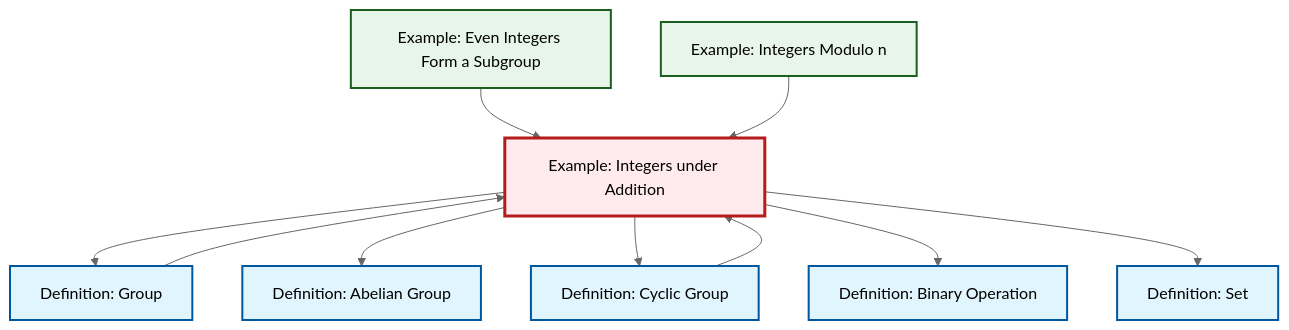
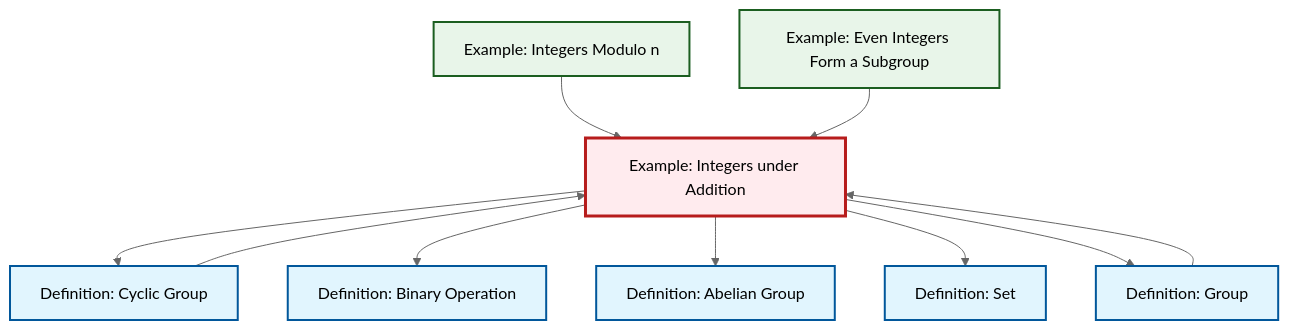
The diagram in content/en/algebra/ex-integers-addition.qmd (RK0429/ModernMath), drawn with Mermaid (neutral theme) before and after one commit. The commit also changed other lines of this file and 597 other files, not shown here.

````diff
--- a/content/en/algebra/ex-integers-addition.qmd
+++ b/content/en/algebra/ex-integers-addition.qmd
@@ -73,34 +73,34 @@
 ```{mermaid}
 %%| fig-cap: "Local dependency graph"
 graph TD
     classDef definition fill:#e1f5fe,stroke:#01579b,stroke-width:2px
     classDef theorem fill:#f3e5f5,stroke:#4a148c,stroke-width:2px
     classDef axiom fill:#fff3e0,stroke:#e65100,stroke-width:2px
     classDef example fill:#e8f5e9,stroke:#1b5e20,stroke-width:2px
     classDef current fill:#ffebee,stroke:#b71c1c,stroke-width:3px
+    ex-even-integers-subgroup["Example: Even Integers Form a Subgroup"]:::example
+    def-cyclic-group["Definition: Cyclic Group"]:::definition
+    ex-quotient-integers-mod-n["Example: Integers Modulo n"]:::example
+    ex-integers-addition["Example: Integers under Addition"]:::example
+    def-set["Definition: Set"]:::definition
+    def-abelian-group["Definition: Abelian Group"]:::definition
+    def-group["Definition: Group"]:::definition
     def-binary-operation["Definition: Binary Operation"]:::definition
-    ex-integers-addition["Example: Integers under Addition"]:::example
-    def-abelian-group["Definition: Abelian Group"]:::definition
-    def-cyclic-group["Definition: Cyclic Group"]:::definition
-    def-group["Definition: Group"]:::definition
-    def-set["Definition: Set"]:::definition
-    ex-even-integers-subgroup["Example: Even Integers Form a Subgroup"]:::example
-    ex-quotient-integers-mod-n["Example: Integers Modulo n"]:::example
+    ex-integers-addition --> def-cyclic-group
+    ex-integers-addition --> def-binary-operation
+    ex-integers-addition --> def-abelian-group
+    ex-integers-addition --> def-set
+    def-group --> ex-integers-addition
+    def-cyclic-group --> ex-integers-addition
+    ex-integers-addition --> def-group
+    ex-quotient-integers-mod-n --> ex-integers-addition
     ex-even-integers-subgroup --> ex-integers-addition
-    ex-integers-addition --> def-group
-    ex-integers-addition --> def-abelian-group
-    ex-integers-addition --> def-cyclic-group
-    def-cyclic-group --> ex-integers-addition
-    def-group --> ex-integers-addition
-    ex-integers-addition --> def-binary-operation
-    ex-integers-addition --> def-set
-    ex-quotient-integers-mod-n --> ex-integers-addition
     class ex-integers-addition current
+    click ex-even-integers-subgroup "ex-even-integers-subgroup.html" "Go to Even Integers Form a Subgroup example"
+    click def-cyclic-group "def-cyclic-group.html" "Go to Cyclic Group definition"
+    click ex-quotient-integers-mod-n "ex-quotient-integers-mod-n.html" "Go to Integers Modulo n example"
+    click def-set "def-set.html" "Go to Set definition"
+    click def-abelian-group "def-abelian-group.html" "Go to Abelian Group definition"
+    click def-group "def-group.html" "Go to Group definition"
     click def-binary-operation "def-binary-operation.html" "Go to Binary Operation definition"
-    click def-abelian-group "def-abelian-group.html" "Go to Abelian Group definition"
-    click def-cyclic-group "def-cyclic-group.html" "Go to Cyclic Group definition"
-    click def-group "def-group.html" "Go to Group definition"
-    click def-set "def-set.html" "Go to Set definition"
-    click ex-even-integers-subgroup "ex-even-integers-subgroup.html" "Go to Even Integers Form a Subgroup example"
-    click ex-quotient-integers-mod-n "ex-quotient-integers-mod-n.html" "Go to Integers Modulo n example"
 ```
````
